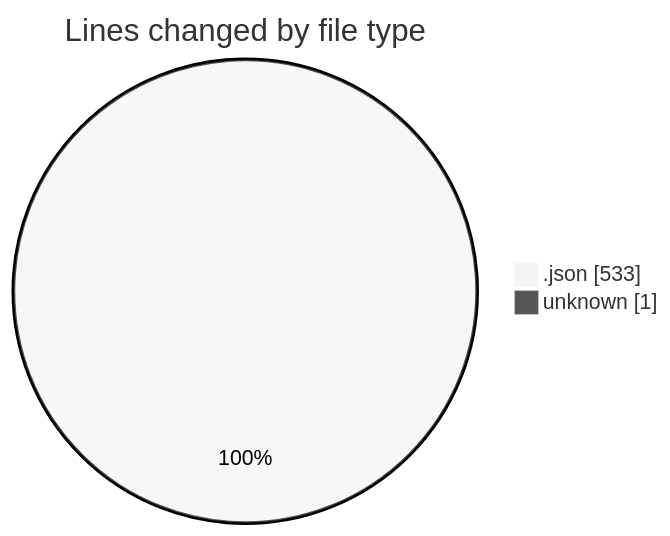
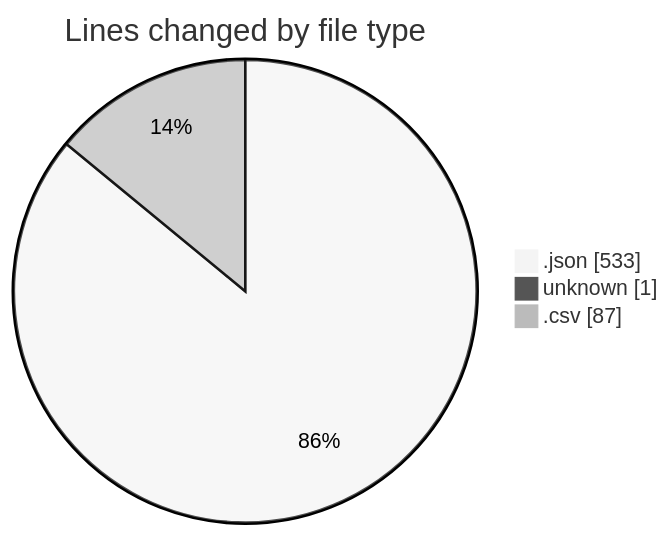
One commit to EIIisD/code-tracking changed the first of 2 diagrams in 2025-07-24/uc/README.md. Above: the diagram before and after it, drawn with Mermaid (neutral theme). The commit also changed other lines of this file and 1 other file, not shown here.

````diff
--- a/2025-07-24/uc/README.md
+++ b/2025-07-24/uc/README.md
@@ -21,6 +22,7 @@
 ```mermaid
 pie showData
 title Lines changed by file type
 ".json" : 533
 "unknown" : 1
+".csv" : 87
 ```
````
